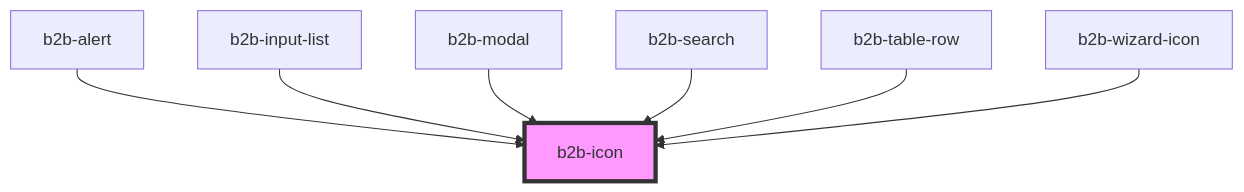
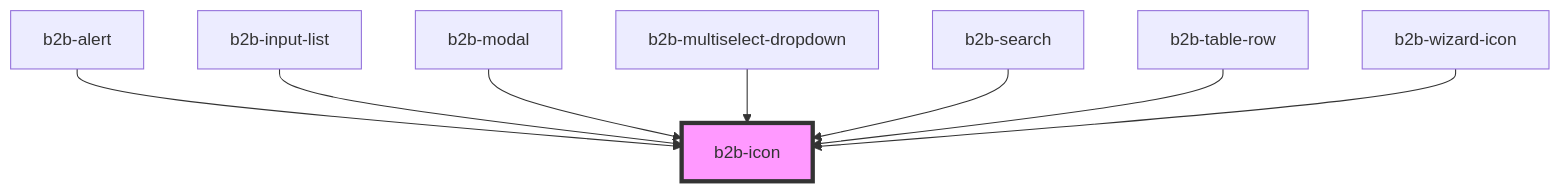
Before and after one commit to otto-de/b2b-design-system: the diagram in packages/core-components/src/components/icon/readme.md, drawn with Mermaid. The commit also changed other lines of this file and 13 other files, not shown here.

Commit message:
feat(Multiselect Dropdown): [B2BDS-219] added multiselect dropdown component

````diff
--- a/packages/core-components/src/components/icon/readme.md
+++ b/packages/core-components/src/components/icon/readme.md
@@ -30,10 +31,11 @@
 ```mermaid
 graph TD;
   b2b-alert --> b2b-icon
   b2b-input-list --> b2b-icon
   b2b-modal --> b2b-icon
+  b2b-multiselect-dropdown --> b2b-icon
   b2b-search --> b2b-icon
   b2b-table-row --> b2b-icon
   b2b-wizard-icon --> b2b-icon
   style b2b-icon fill:#f9f,stroke:#333,stroke-width:4px
 ```
````
